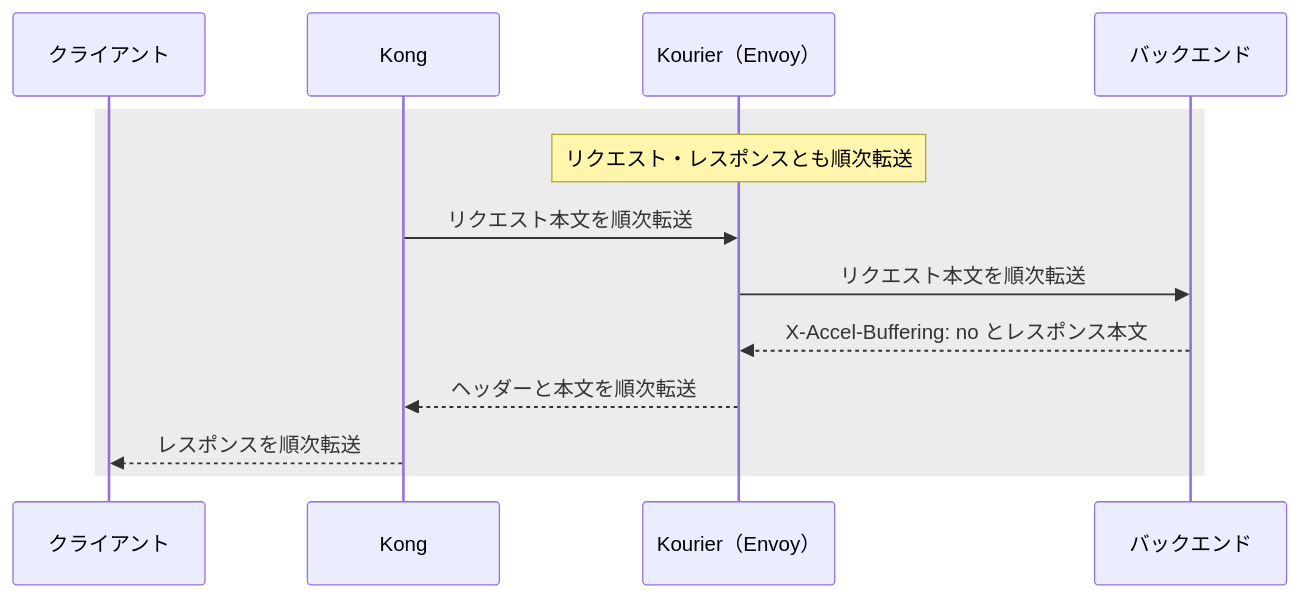
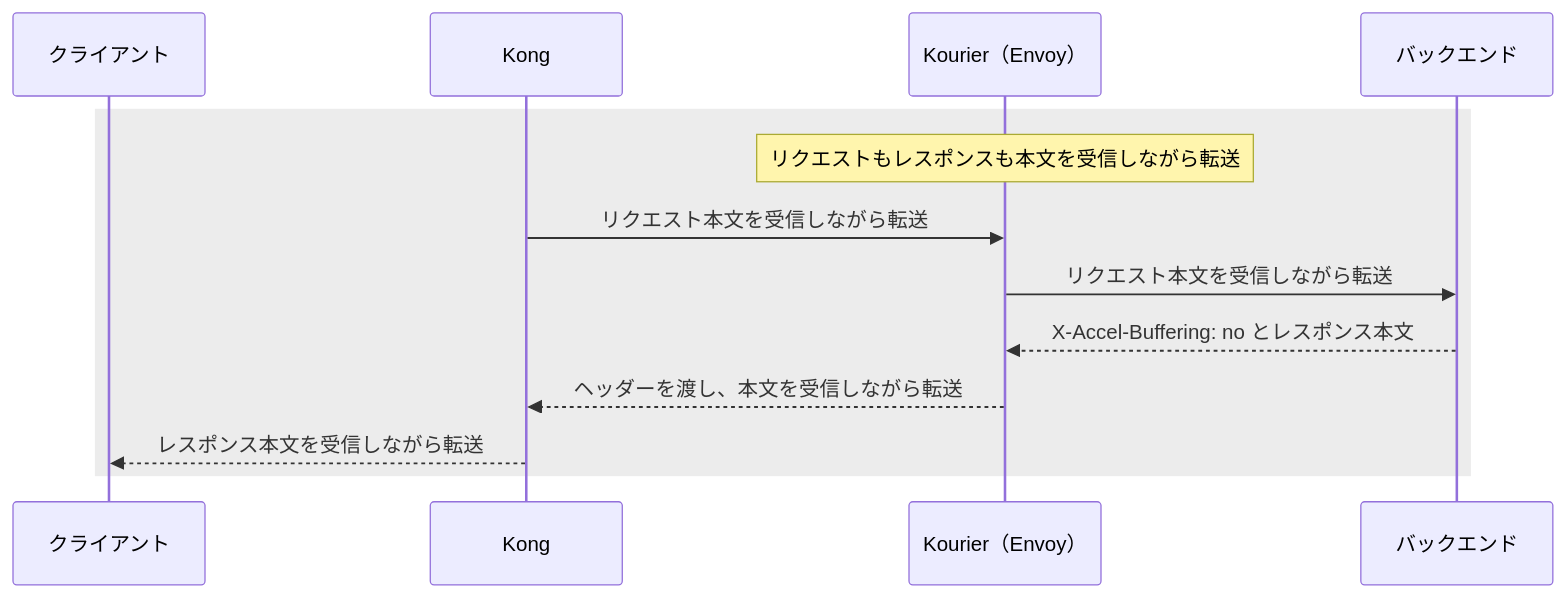
Before and after one commit to sasano8/infra-kubernetes: the third of 5 diagrams in docs/streaming.md, drawn with Mermaid. The commit also changed other lines of this file and 3 other files, not shown here.

````diff
--- a/docs/streaming.md
+++ b/docs/streaming.md
@@ -55,15 +59,15 @@
 ```mermaid
 sequenceDiagram
     participant C as クライアント
     participant K as Kong
     participant Q as Kourier（Envoy）
     participant B as バックエンド
     rect rgba(128, 128, 128, 0.15)
-        Note over Q: リクエスト・レスポンスとも順次転送
-        K->>Q: リクエスト本文を順次転送
-        Q->>B: リクエスト本文を順次転送
+        Note over Q: リクエストもレスポンスも本文を受信しながら転送
+        K->>Q: リクエスト本文を受信しながら転送
+        Q->>B: リクエスト本文を受信しながら転送
         B-->>Q: X-Accel-Buffering: no とレスポンス本文
-        Q-->>K: ヘッダーと本文を順次転送
-        K-->>C: レスポンスを順次転送
+        Q-->>K: ヘッダーを渡し、本文を受信しながら転送
+        K-->>C: レスポンス本文を受信しながら転送
     end
 ```
````
